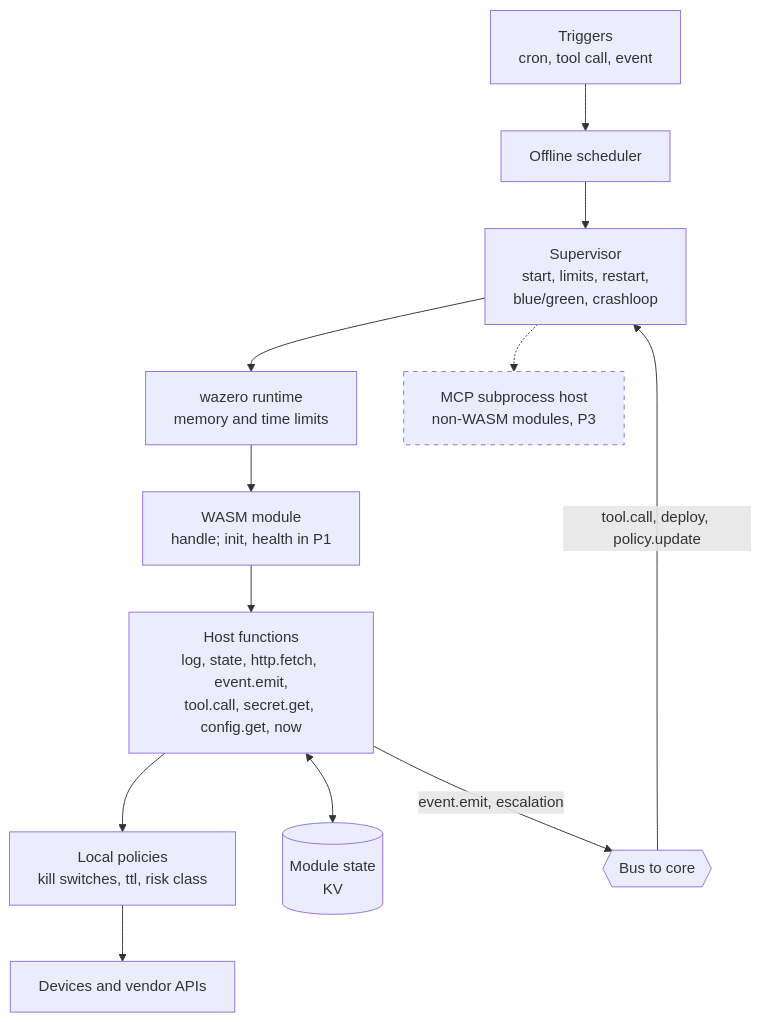
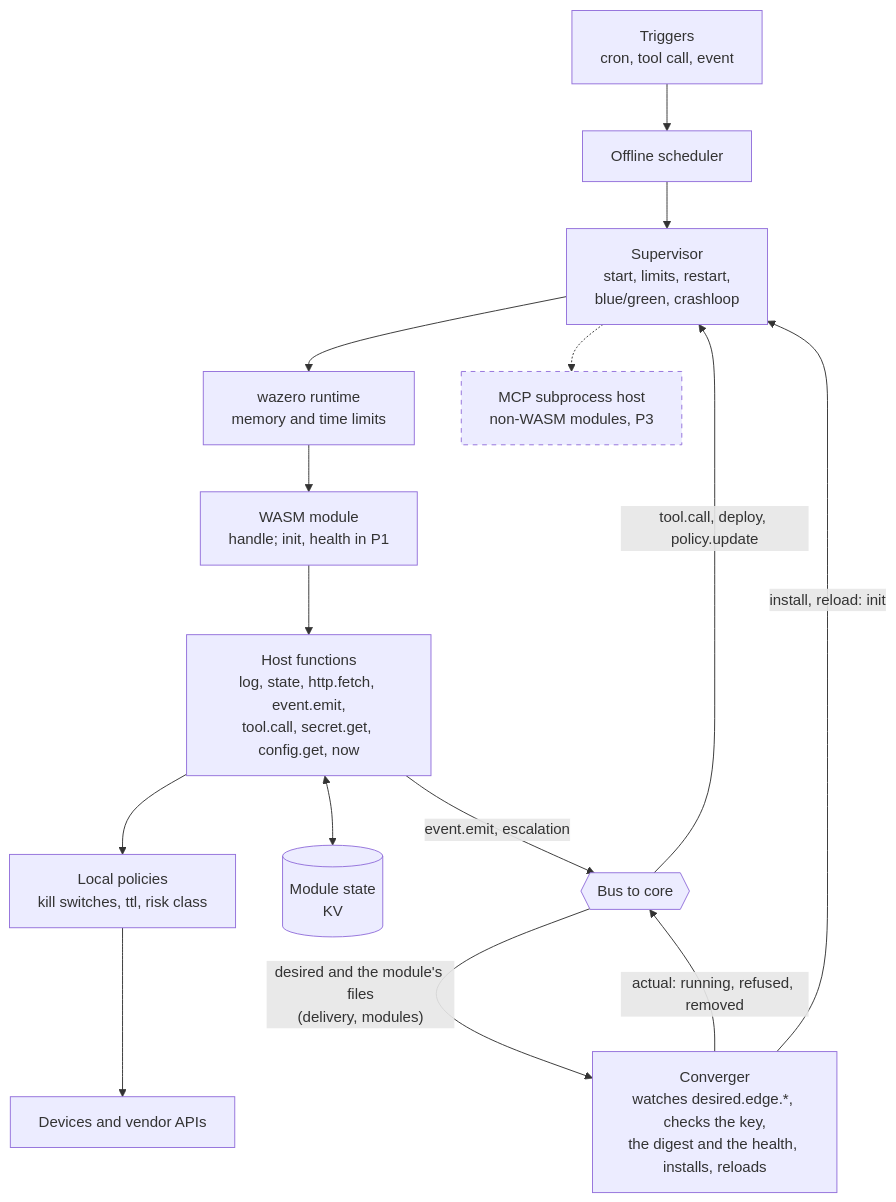
One commit to igorrius/ganglion changed the fifth of 6 diagrams in docs/architecture/03-components.md. Above: the diagram before and after it, drawn with Mermaid. The commit also changed other lines of this file and 41 other files, not shown here.

First line of the commit message:
bus, natsbus, edge, modhost, modstore: deliver modules to edges by desired state (#323)

````diff
--- a/docs/architecture/03-components.md
+++ b/docs/architecture/03-components.md
@@ -232,29 +234,33 @@
 ```mermaid
 flowchart TB
     trig["Triggers<br/>cron, tool call, event"]
     sched["Offline scheduler"]
     sup["Supervisor<br/>start, limits, restart,<br/>blue/green, crashloop"]
     wz["wazero runtime<br/>memory and time limits"]
     mod["WASM module<br/>handle; init, health in P1"]
     host["Host functions<br/>log, state, http.fetch, event.emit,<br/>tool.call, secret.get, config.get, now"]
     pol["Local policies<br/>kill switches, ttl, risk class"]
     kv[("Module state<br/>KV")]
     mcp["MCP subprocess host<br/>non-WASM modules, P3"]
+    conv["Converger<br/>watches desired.edge.*, checks the key,<br/>the digest and the health, installs, reloads"]
     bus{{"Bus to core"}}
     dev["Devices and vendor APIs"]
 
     trig --> sched
     sched --> sup
     sup --> wz
     wz --> mod
     mod --> host
     host --> pol
     pol --> dev
     host <--> kv
     host -- "event.emit, escalation" --> bus
     bus -- "tool.call, deploy, policy.update" --> sup
+    bus -- "desired and the module's files<br/>(delivery, modules)" --> conv
+    conv -- "install, reload: init" --> sup
+    conv -- "actual: running, refused, removed" --> bus
     sup -.-> mcp
 
     classDef planned stroke-dasharray: 5 5
     class mcp planned
 ```
````
